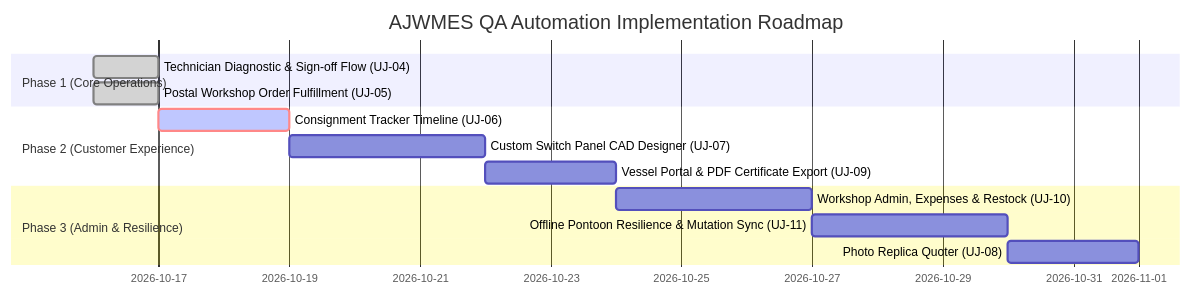
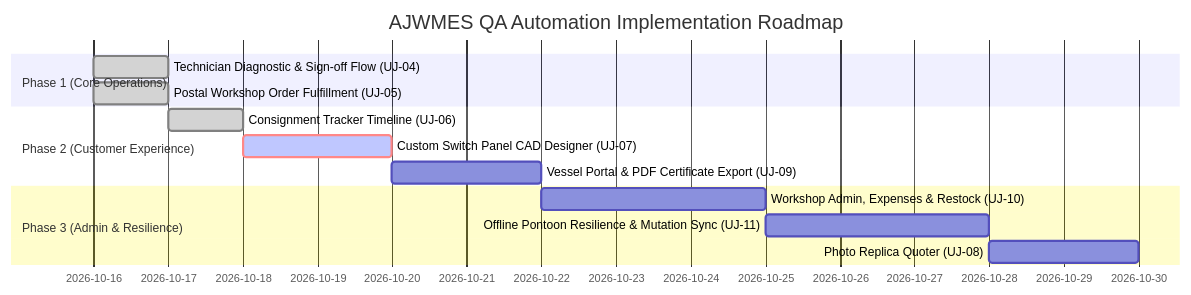
One commit to AnthonyWrather/ajwmes changed the second of 2 diagrams in docs/E2E_USER_JOURNEYS.md. Above: the diagram before and after it, drawn with Mermaid. The commit also changed other lines of this file and 6 other files, not shown here.

First line of the commit message:
feat(e2e): implement Journey 6 postal consignment timeline tracker flow

````diff
--- a/docs/E2E_USER_JOURNEYS.md
+++ b/docs/E2E_USER_JOURNEYS.md
@@ -147,16 +201,16 @@
 ```mermaid
 gantt
     title AJWMES QA Automation Implementation Roadmap
     dateFormat  YYYY-MM-DD
     section Phase 1 (Core Operations)
     Technician Diagnostic & Sign-off Flow (UJ-04) :done, 2026-10-16, 1d
     Postal Workshop Order Fulfillment (UJ-05)     :done, 2026-10-16, 1d
     section Phase 2 (Customer Experience)
-    Consignment Tracker Timeline (UJ-06)          :crit, active, 2026-10-17, 2d
-    Custom Switch Panel CAD Designer (UJ-07)      :2026-10-19, 3d
-    Vessel Portal & PDF Certificate Export (UJ-09):2026-10-22, 2d
+    Consignment Tracker Timeline (UJ-06)          :done, 2026-10-17, 1d
+    Custom Switch Panel CAD Designer (UJ-07)      :crit, active, 2026-10-18, 2d
+    Vessel Portal & PDF Certificate Export (UJ-09):2026-10-20, 2d
     section Phase 3 (Admin & Resilience)
-    Workshop Admin, Expenses & Restock (UJ-10)    :2026-10-24, 3d
-    Offline Pontoon Resilience & Mutation Sync (UJ-11):2026-10-27, 3d
-    Photo Replica Quoter (UJ-08)                  :2026-10-30, 2d
+    Workshop Admin, Expenses & Restock (UJ-10)    :2026-10-22, 3d
+    Offline Pontoon Resilience & Mutation Sync (UJ-11):2026-10-25, 3d
+    Photo Replica Quoter (UJ-08)                  :2026-10-28, 2d
 ```
````
